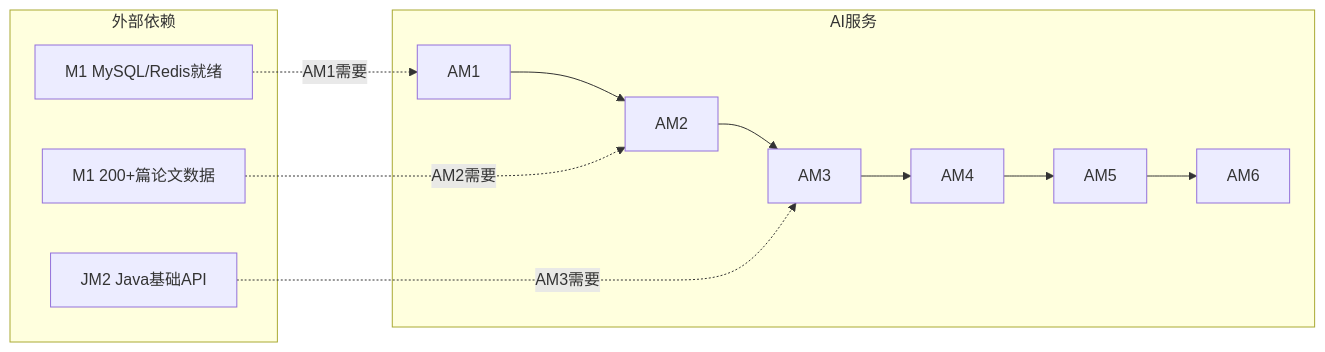
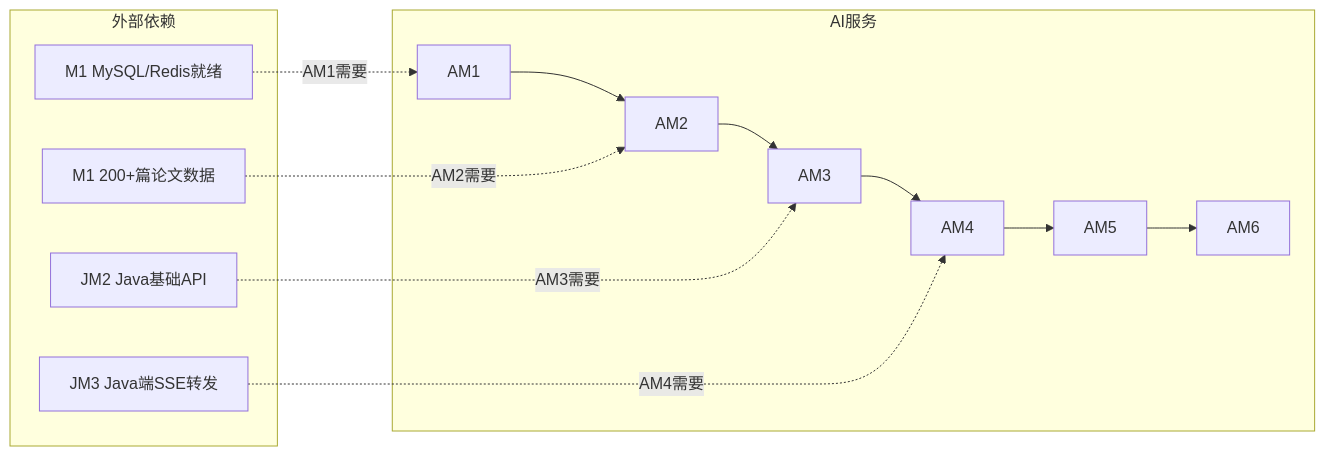
Before and after one commit to Fsu7/Veritas-: the third of 4 diagrams in docs/ai-service/AI服务模块项目里程碑文档.md, drawn with Mermaid. The commit also changed other lines of this file and 58 other files, not shown here.

````diff
--- a/docs/ai-service/AI服务模块项目里程碑文档.md
+++ b/docs/ai-service/AI服务模块项目里程碑文档.md
@@ -751,16 +775,18 @@
 ```mermaid
 graph LR
     subgraph AI服务
         AM1 --> AM2 --> AM3 --> AM4 --> AM5 --> AM6
     end
 
     subgraph 外部依赖
         M1_DATA["M1 MySQL/Redis就绪"]
         M1_DATA2["M1 200+篇论文数据"]
         JM2["JM2 Java基础API"]
+        JM3["JM3 Java端SSE转发"]
     end
 
     M1_DATA -.->|AM1需要| AM1
     M1_DATA2 -.->|AM2需要| AM2
     JM2 -.->|AM3需要| AM3
+    JM3 -.->|AM4需要| AM4
 ```
````
